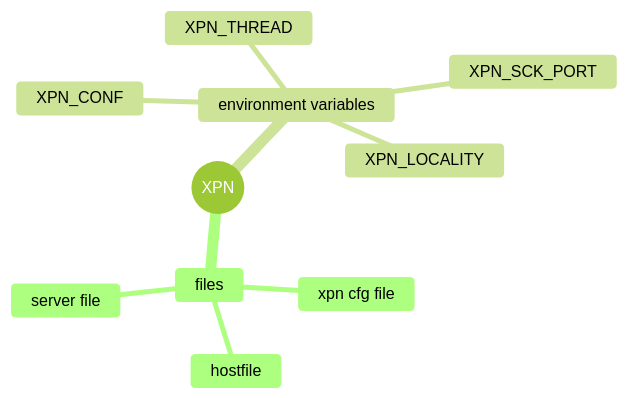
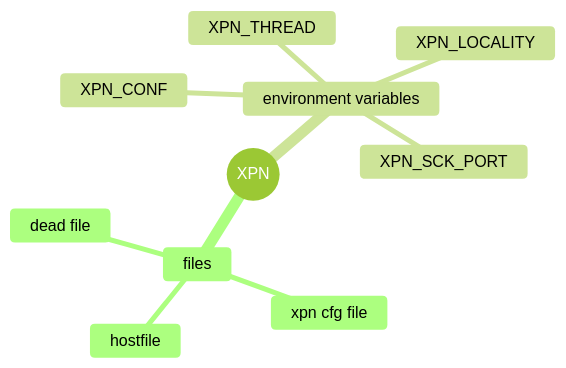
Before and after one commit to xpn-arcos/xpn: the third of 4 diagrams in README.md, drawn with Mermaid (forest theme). The commit also changed other lines of this file, not shown here.

````diff
--- a/README.md
+++ b/README.md
@@ -127,13 +127,13 @@
   ```mermaid
   mindmap
   root((XPN))
     files
         hostfile
         xpn cfg file
-        server file
+        dead file
     environment variables
         XPN_CONF
         XPN_THREAD
         XPN_LOCALITY
         XPN_SCK_PORT
 ```
````
